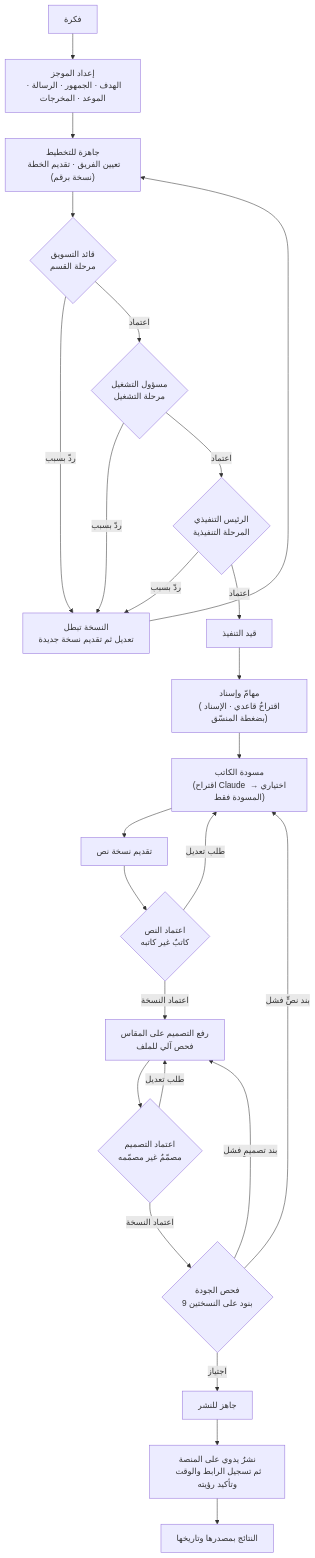
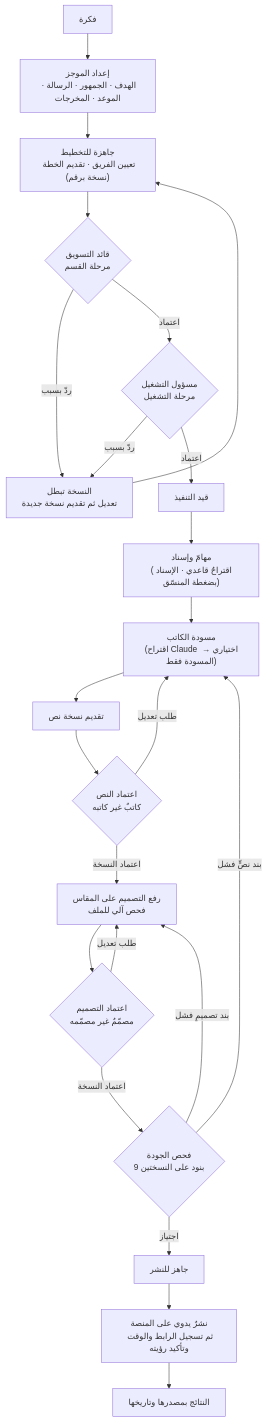
Before and after one commit to nawafalahdal/Tlaqi-Admin-CO: the first of 2 diagrams in docs/MARKETING_AGENT_LEADERSHIP_GUIDE_AR.md, drawn with Mermaid. The commit also changed other lines of this file and 58 other files, not shown here.

````diff
--- a/docs/MARKETING_AGENT_LEADERSHIP_GUIDE_AR.md
+++ b/docs/MARKETING_AGENT_LEADERSHIP_GUIDE_AR.md
@@ -128,27 +129,25 @@
 ```mermaid
 flowchart TD
     A["فكرة"] --> B["إعداد الموجز<br/>الهدف · الجمهور · الرسالة · الموعد · المخرجات"]
     B --> C["جاهزة للتخطيط<br/>تعيين الفريق · تقديم الخطة (نسخة برقم)"]
     C --> P1{"قائد التسويق<br/>مرحلة القسم"}
     P1 -- "ردّ بسبب" --> B2["النسخة تبطل<br/>تعديل ثم تقديم نسخة جديدة"]
     B2 --> C
     P1 -- "اعتماد" --> P2{"مسؤول التشغيل<br/>مرحلة التشغيل"}
     P2 -- "ردّ بسبب" --> B2
-    P2 -- "اعتماد" --> P3{"الرئيس التنفيذي<br/>المرحلة التنفيذية"}
-    P3 -- "ردّ بسبب" --> B2
-    P3 -- "اعتماد" --> E["قيد التنفيذ"]
+    P2 -- "اعتماد" --> E["قيد التنفيذ"]
     E --> T["مهامّ وإسناد<br/>(اقتراحٌ قاعدي · الإسناد بضغطة المنسّق)"]
     T --> W["مسودة الكاتب<br/>(اقتراح Claude اختياري → المسودة فقط)"]
     W --> CV["تقديم نسخة نص"]
     CV --> CA{"اعتماد النص<br/>كاتبٌ غير كاتبه"}
     CA -- "طلب تعديل" --> W
     CA -- "اعتماد النسخة" --> D["رفع التصميم على المقاس<br/>فحص آلي للملف"]
     D --> DA{"اعتماد التصميم<br/>مصمّمٌ غير مصمّمه"}
     DA -- "طلب تعديل" --> D
     DA -- "اعتماد النسخة" --> Q{"فحص الجودة<br/>9 بنود على النسختين"}
     Q -- "بند نصٍّ فشل" --> W
     Q -- "بند تصميمٍ فشل" --> D
     Q -- "اجتياز" --> R["جاهز للنشر"]
     R --> PUB["نشرٌ يدوي على المنصة<br/>ثم تسجيل الرابط والوقت وتأكيد رؤيته"]
     PUB --> RES["النتائج بمصدرها وتاريخها"]
 ```
````
